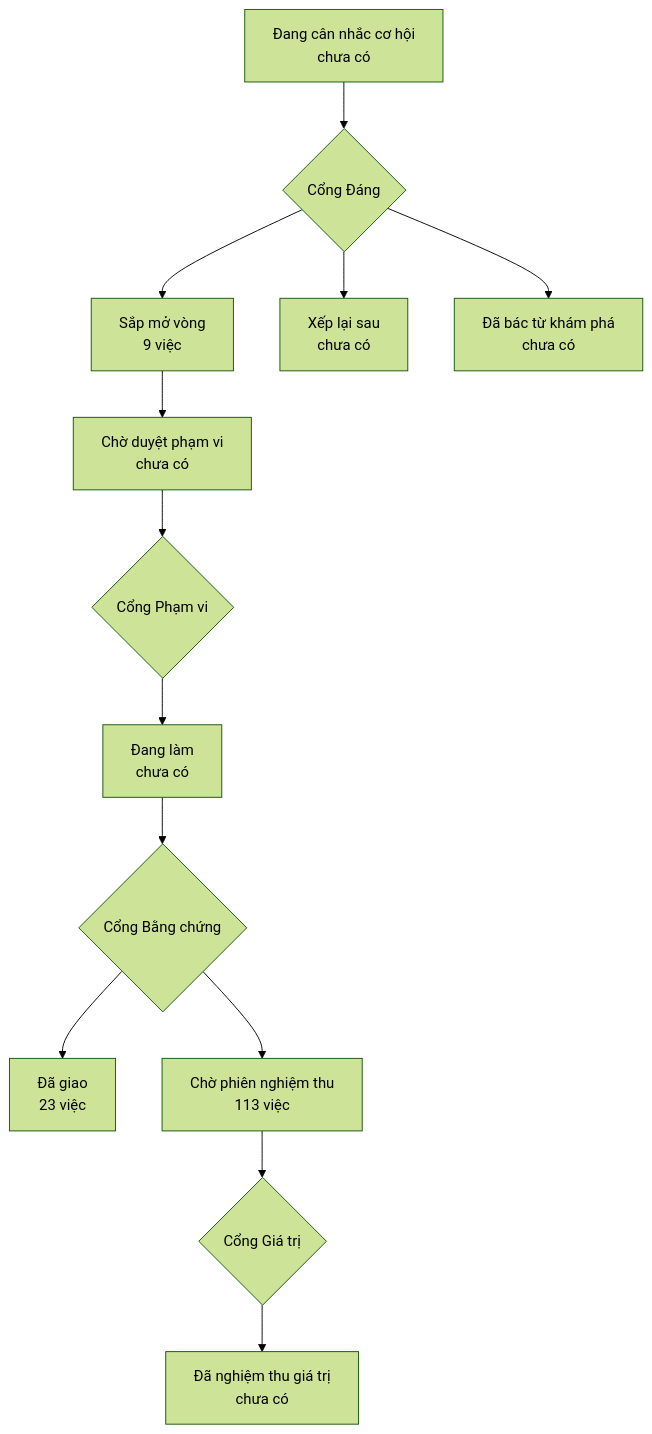
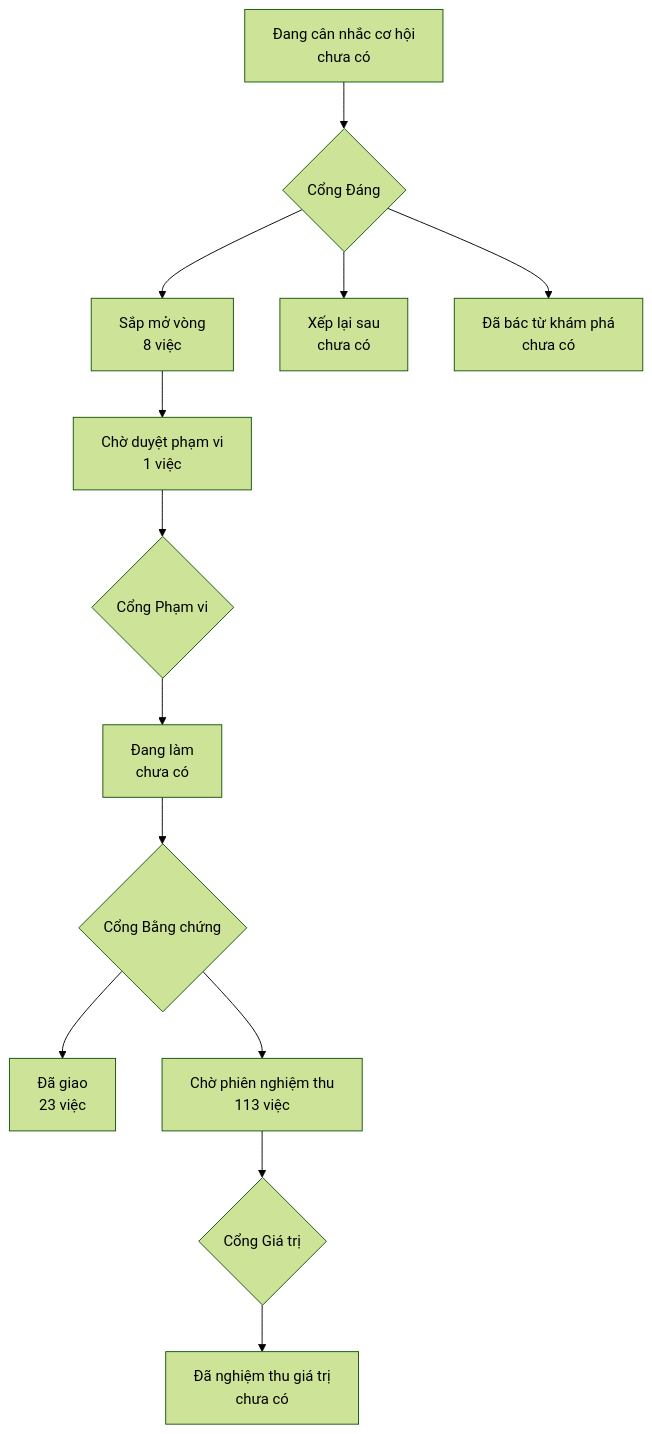
Before and after one commit to phanlemanh/onehub-quy-hang: the diagram in PRODUCT-MAP.md, drawn with Mermaid (forest theme). The commit also changed other lines of this file and 11 other files, not shown here.

````diff
--- a/PRODUCT-MAP.md
+++ b/PRODUCT-MAP.md
@@ -7,12 +7,12 @@
 ```mermaid
 flowchart TD
   A["Đang cân nhắc cơ hội<br/>chưa có"] --> GD{"Cổng Đáng"}
-  GD --> B["Sắp mở vòng<br/>9 việc"]
+  GD --> B["Sắp mở vòng<br/>8 việc"]
   GD --> XL["Xếp lại sau<br/>chưa có"]
   GD --> DB["Đã bác từ khám phá<br/>chưa có"]
-  B --> CD["Chờ duyệt phạm vi<br/>chưa có"] --> GP{"Cổng Phạm vi"}
+  B --> CD["Chờ duyệt phạm vi<br/>1 việc"] --> GP{"Cổng Phạm vi"}
   GP --> DL["Đang làm<br/>chưa có"] --> GB{"Cổng Bằng chứng"}
   GB --> DG["Đã giao<br/>23 việc"]
   GB --> CN["Chờ phiên nghiệm thu<br/>113 việc"] --> GG{"Cổng Giá trị"}
   GG --> NT["Đã nghiệm thu giá trị<br/>chưa có"]
 ```
````
